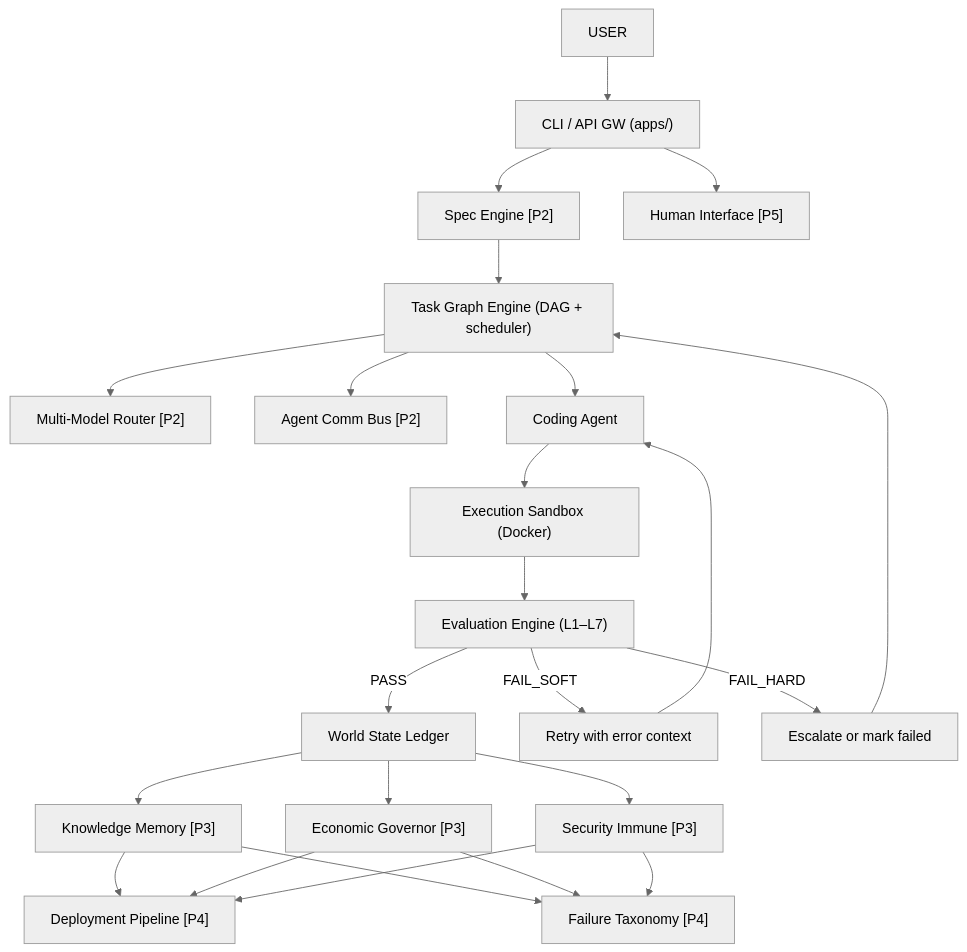
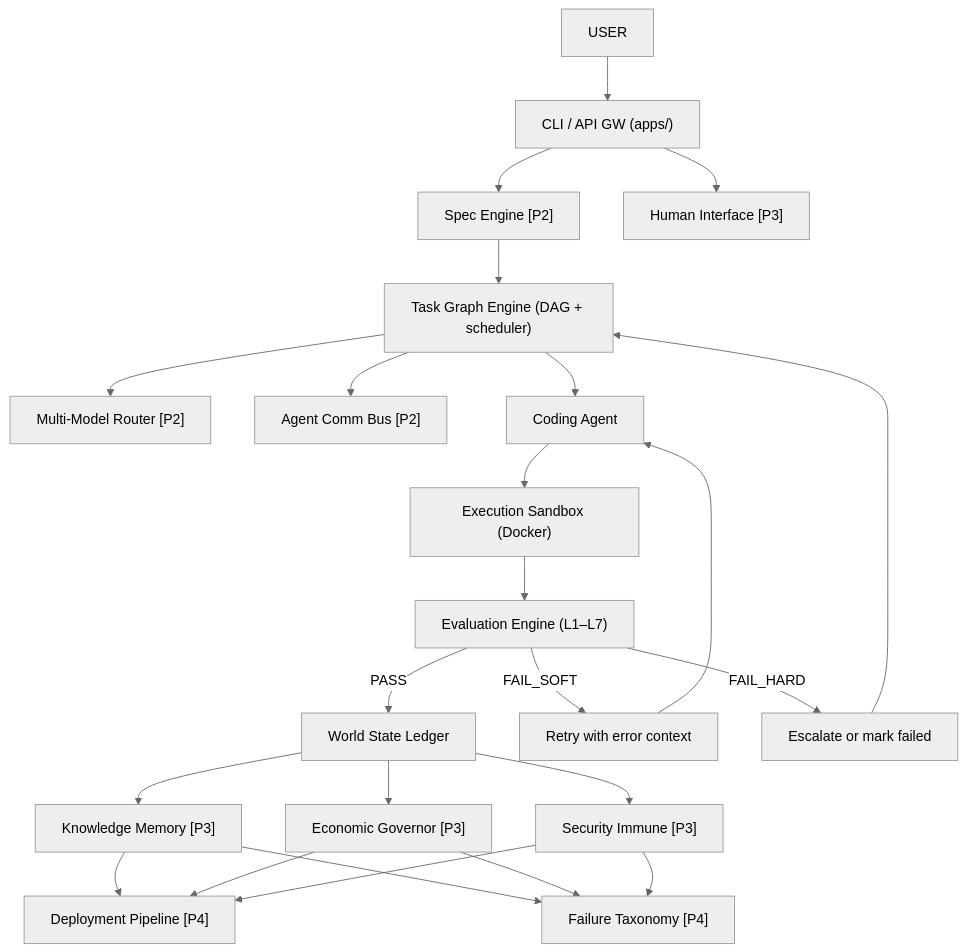
One commit to saatvik333/architect changed the first of 2 diagrams in ARCHITECTURE.md. Above: the diagram before and after it, drawn with Mermaid (neutral theme). The commit also changed other lines of this file and 105 other files, not shown here.

First line of the commit message:
feat: implement Phase 3 — Knowledge & Memory, Economic Governor, Human Interface

````diff
--- a/ARCHITECTURE.md
+++ b/ARCHITECTURE.md
@@ -33,29 +33,29 @@
 ```mermaid
 flowchart TD
     USER --> CLI["CLI / API GW (apps/)"]
     CLI --> SpecEngine["Spec Engine [P2]"]
-    CLI --> HumanInterface["Human Interface [P5]"]
+    CLI --> HumanInterface["Human Interface [P3]"]
     SpecEngine --> TGE
 
     TGE["Task Graph Engine (DAG + scheduler)"]
     TGE --> MMR["Multi-Model Router [P2]"]
     TGE --> ACB["Agent Comm Bus [P2]"]
     TGE --> CodingAgent["Coding Agent"]
 
     CodingAgent --> Sandbox["Execution Sandbox (Docker)"]
     Sandbox --> EvalEngine["Evaluation Engine (L1–L7)"]
 
     EvalEngine -->|PASS| WSL["World State Ledger"]
     EvalEngine -->|FAIL_SOFT| Retry["Retry with error context"]
     EvalEngine -->|FAIL_HARD| Escalate["Escalate or mark failed"]
 
     Retry --> CodingAgent
     Escalate --> TGE
 
     WSL --> KM["Knowledge Memory [P3]"]
     WSL --> EG["Economic Governor [P3]"]
     WSL --> SI["Security Immune [P3]"]
 
     KM & EG & SI --> DP["Deployment Pipeline [P4]"]
     KM & EG & SI --> FT["Failure Taxonomy [P4]"]
 ```
````
